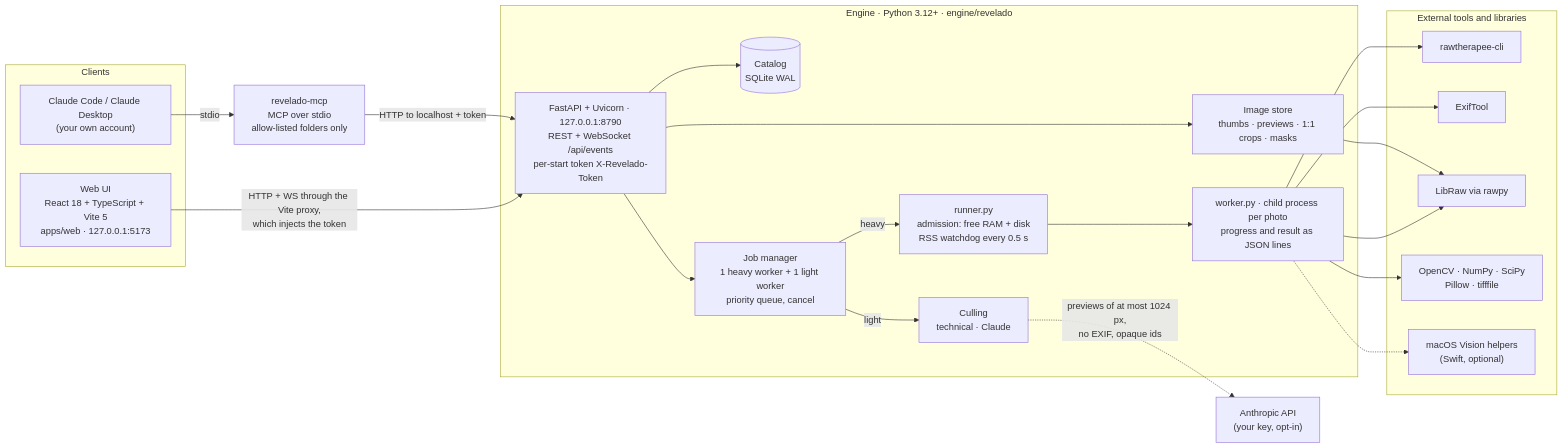
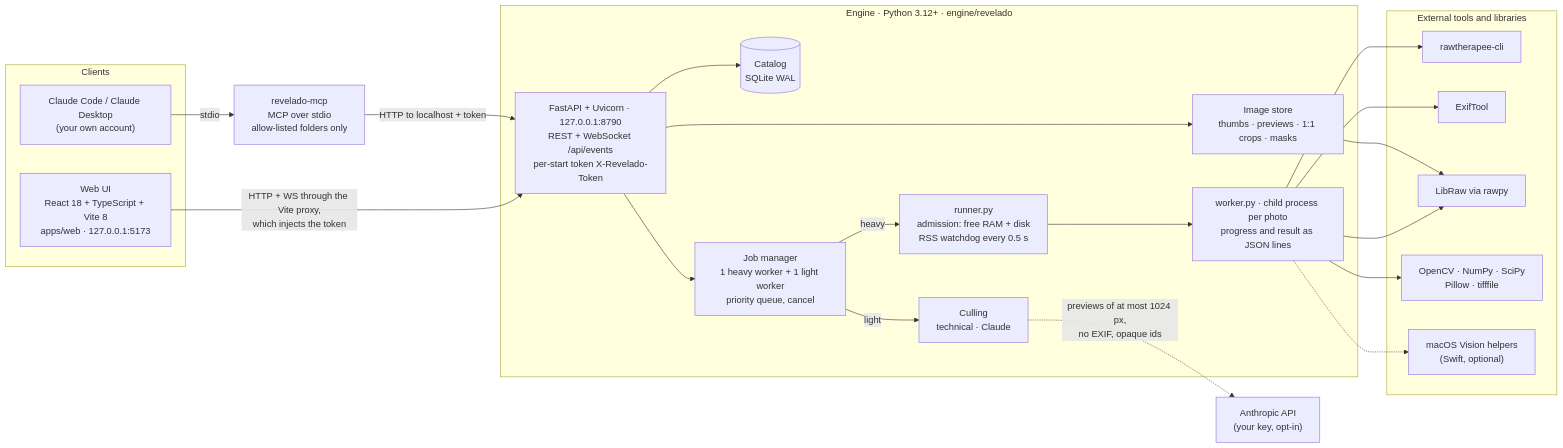
Before and after one commit to Blue-Studio-Lab/Revelado: the second of 3 diagrams in README.md, drawn with Mermaid. The commit also changed other lines of this file and 8 other files, not shown here.

First line of the commit message:
build(web): migrate to Vite 8, Vitest 5 and @vitejs/plugin-react 6 (#12)

````diff
--- a/README.md
+++ b/README.md
@@ -110,42 +110,42 @@
 ```mermaid
 flowchart LR
   subgraph CLIENTS["Clients"]
-    UI["Web UI<br/>React 18 + TypeScript + Vite 5<br/>apps/web · 127.0.0.1:5173"]
+    UI["Web UI<br/>React 18 + TypeScript + Vite 8<br/>apps/web · 127.0.0.1:5173"]
     CC["Claude Code / Claude Desktop<br/>(your own account)"]
   end
   MCP["revelado-mcp<br/>MCP over stdio<br/>allow-listed folders only"]
   subgraph ENGINE["Engine · Python 3.12+ · engine/revelado"]
     API["FastAPI + Uvicorn · 127.0.0.1:8790<br/>REST + WebSocket /api/events<br/>per-start token X-Revelado-Token"]
     CAT[("Catalog<br/>SQLite WAL")]
     IMG["Image store<br/>thumbs · previews · 1:1 crops · masks"]
     JOBS["Job manager<br/>1 heavy worker + 1 light worker<br/>priority queue, cancel"]
     CULL["Culling<br/>technical · Claude"]
     RUN["runner.py<br/>admission: free RAM + disk<br/>RSS watchdog every 0.5 s"]
     WK["worker.py · child process per photo<br/>progress and result as JSON lines"]
   end
   subgraph TOOLS["External tools and libraries"]
     RT["rawtherapee-cli"]
     ET["ExifTool"]
     LR["LibRaw via rawpy"]
     CV["OpenCV · NumPy · SciPy<br/>Pillow · tifffile"]
     VIS["macOS Vision helpers<br/>(Swift, optional)"]
   end
   AI["Anthropic API<br/>(your key, opt-in)"]
 
   UI -- "HTTP + WS through the Vite proxy,<br/>which injects the token" --> API
   CC -- "stdio" --> MCP
   MCP -- "HTTP to localhost + token" --> API
   API --> CAT
   API --> IMG
   API --> JOBS
   JOBS -- "light" --> CULL
   JOBS -- "heavy" --> RUN
   RUN --> WK
   WK --> RT
   WK --> ET
   WK --> LR
   WK --> CV
   WK -.-> VIS
   IMG --> LR
   CULL -. "previews of at most 1024 px,<br/>no EXIF, opaque ids" .-> AI
 ```
````
